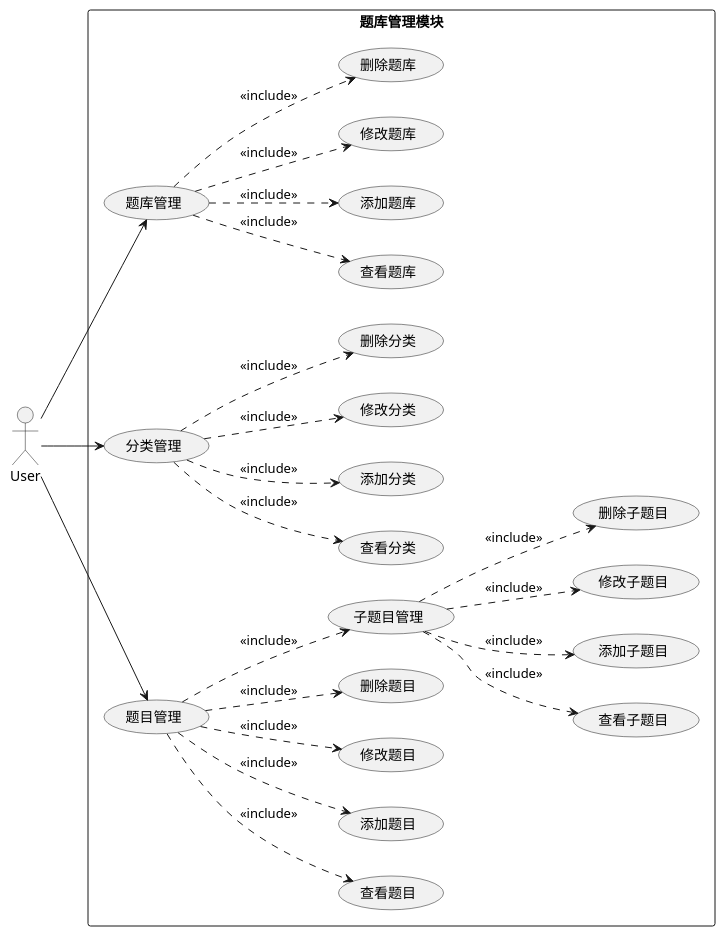
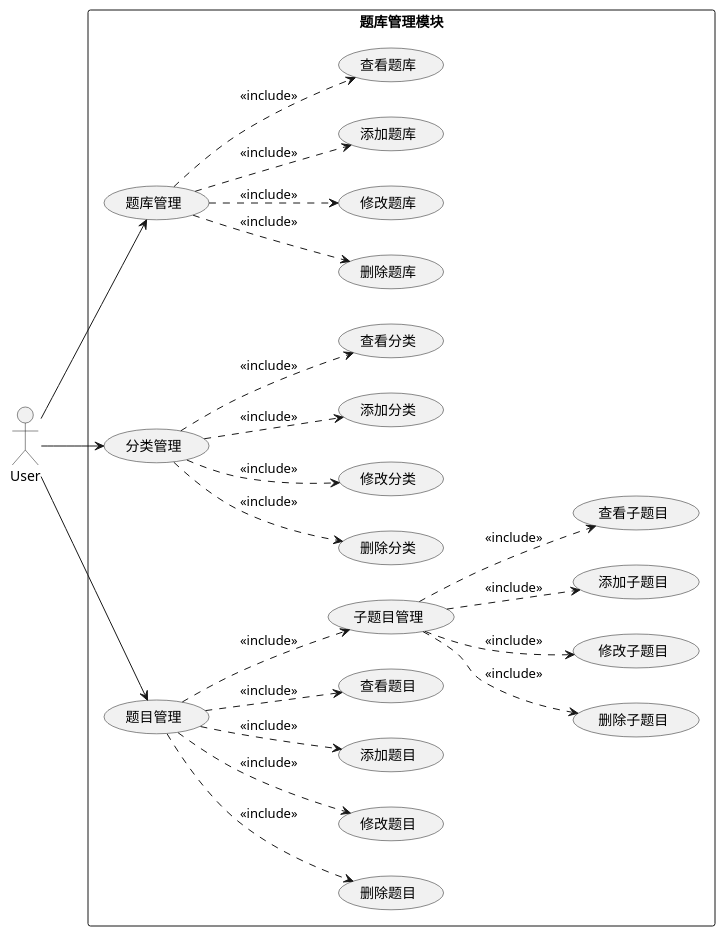
One commit to zhaoxiao698/ZhiYing-server changed the diagram in src/main/java/com/zhaoxiao/uml/admin/adminTest.puml. Above: the diagram before and after it, drawn with PlantUML. The commit also changed other lines of this file and 16 other files, not shown here.

```diff
--- a/src/main/java/com/zhaoxiao/uml/admin/adminTest.puml
+++ b/src/main/java/com/zhaoxiao/uml/admin/adminTest.puml
@@ -1,27 +1,27 @@
 @startuml
 left to right direction
 skinparam packageStyle rectangle
 actor User
 rectangle 题库管理模块 {
   User --> (题库管理)
+  (题库管理) ..> (删除题库) : <<include>>
+  (题库管理) ..> (修改题库) : <<include>>
+  (题库管理) ..> (添加题库) : <<include>>
   (题库管理) ..> (查看题库) : <<include>>
-  (题库管理) ..> (添加题库) : <<include>>
-  (题库管理) ..> (修改题库) : <<include>>
-  (题库管理) ..> (删除题库) : <<include>>
   User --> (分类管理)
+  (分类管理) ..> (删除分类) : <<include>>
+  (分类管理) ..> (修改分类) : <<include>>
+  (分类管理) ..> (添加分类) : <<include>>
   (分类管理) ..> (查看分类) : <<include>>
-  (分类管理) ..> (添加分类) : <<include>>
-  (分类管理) ..> (修改分类) : <<include>>
-  (分类管理) ..> (删除分类) : <<include>>
   User --> (题目管理)
+  (题目管理) ..> (删除题目) : <<include>>
+  (题目管理) ..> (修改题目) : <<include>>
+  (题目管理) ..> (添加题目) : <<include>>
   (题目管理) ..> (查看题目) : <<include>>
-  (题目管理) ..> (添加题目) : <<include>>
-  (题目管理) ..> (修改题目) : <<include>>
-  (题目管理) ..> (删除题目) : <<include>>
   (题目管理) ..> (子题目管理) : <<include>>
+  (子题目管理) ..> (删除子题目) : <<include>>
+  (子题目管理) ..> (修改子题目) : <<include>>
+  (子题目管理) ..> (添加子题目) : <<include>>
   (子题目管理) ..> (查看子题目) : <<include>>
-  (子题目管理) ..> (添加子题目) : <<include>>
-  (子题目管理) ..> (修改子题目) : <<include>>
-  (子题目管理) ..> (删除子题目) : <<include>>
 }
 @enduml
```
